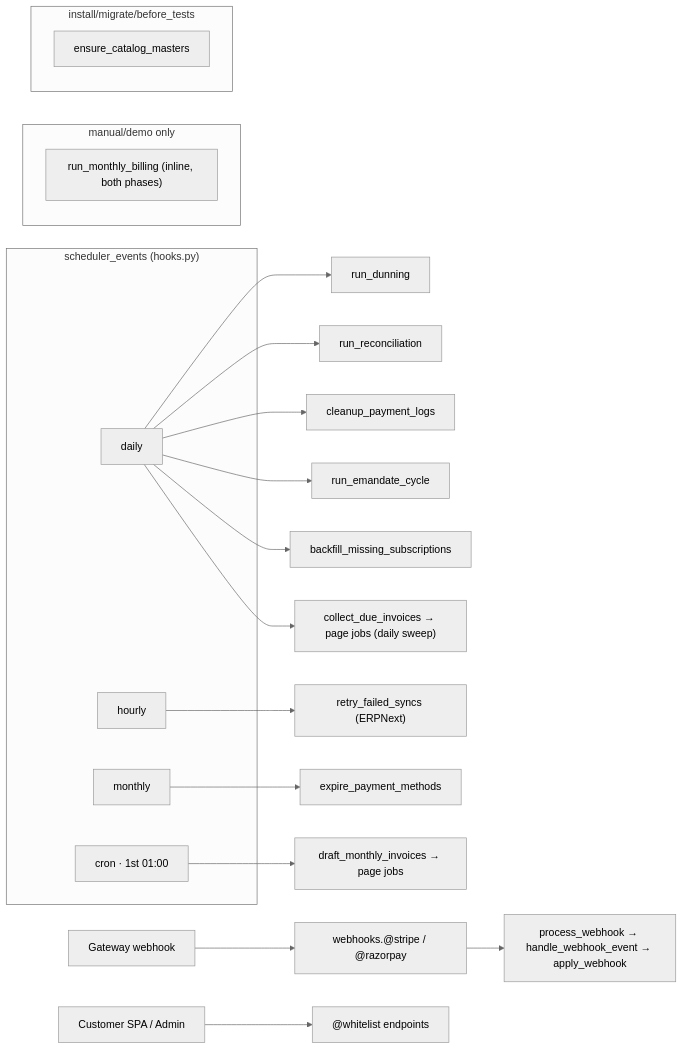
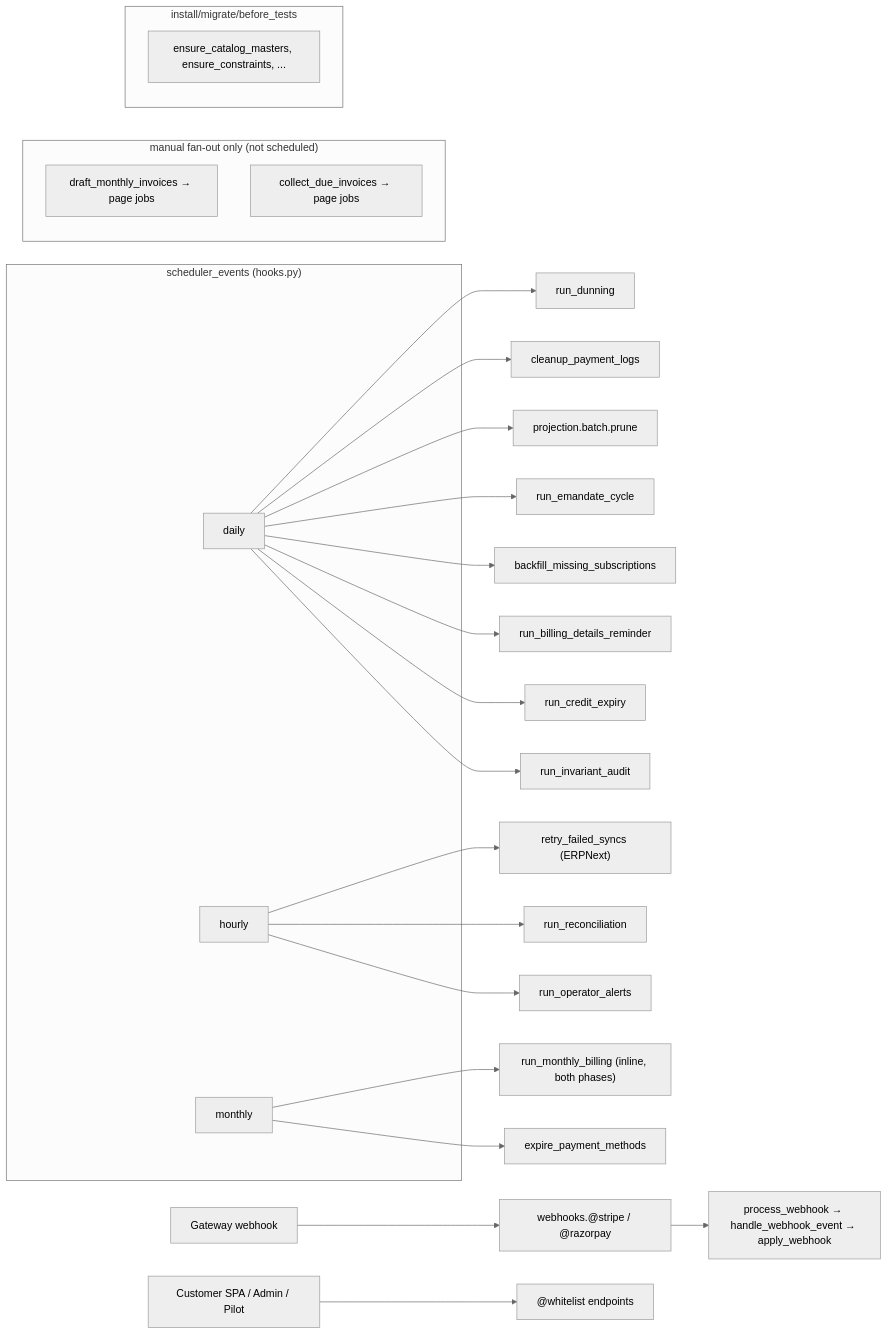
One commit to frappe/central changed the third of 8 diagrams in central/billing/ARCHITECTURE.md. Above: the diagram before and after it, drawn with Mermaid (neutral theme). The commit also changed other lines of this file and 4 other files, not shown here.

````diff
--- a/central/billing/ARCHITECTURE.md
+++ b/central/billing/ARCHITECTURE.md
@@ -208,30 +211,34 @@
 ```mermaid
 flowchart LR
     subgraph SCHED["scheduler_events (hooks.py)"]
         D1["daily"]
         H1["hourly"]
         M1["monthly"]
-        C1["cron · 1st 01:00"]
     end
     D1 --> RD["run_dunning"]
-    D1 --> RR["run_reconciliation"]
     D1 --> CP["cleanup_payment_logs"]
+    D1 --> PR["projection.batch.prune"]
     D1 --> EM["run_emandate_cycle"]
     D1 --> BF["backfill_missing_subscriptions"]
+    D1 --> BR["run_billing_details_reminder"]
+    D1 --> CE["run_credit_expiry"]
+    D1 --> IA["run_invariant_audit"]
     H1 --> RF["retry_failed_syncs (ERPNext)"]
+    H1 --> RR["run_reconciliation"]
+    H1 --> OA["run_operator_alerts"]
+    M1 --> RMB["run_monthly_billing (inline, both phases)"]
     M1 --> EX["expire_payment_methods"]
-    C1 --> DMI["draft_monthly_invoices → page jobs"]
-    D1 --> CDI["collect_due_invoices → page jobs (daily sweep)"]
 
-    subgraph MANUAL["manual/demo only"]
-        RMB["run_monthly_billing (inline, both phases)"]
+    subgraph MANUAL["manual fan-out only (not scheduled)"]
+        DMI["draft_monthly_invoices → page jobs"]
+        CDI["collect_due_invoices → page jobs"]
     end
 
     subgraph INSTALL["install/migrate/before_tests"]
-        ECM["ensure_catalog_masters"]
+        ECM["ensure_catalog_masters, ensure_constraints, ..."]
     end
 
     EXT["Gateway webhook"] --> WH["webhooks.@stripe / @razorpay"]
     WH --> PW["process_webhook → handle_webhook_event → apply_webhook"]
-    UI["Customer SPA / Admin"] --> API["@whitelist endpoints"]
+    UI["Customer SPA / Admin / Pilot"] --> API["@whitelist endpoints"]
 ```
````
